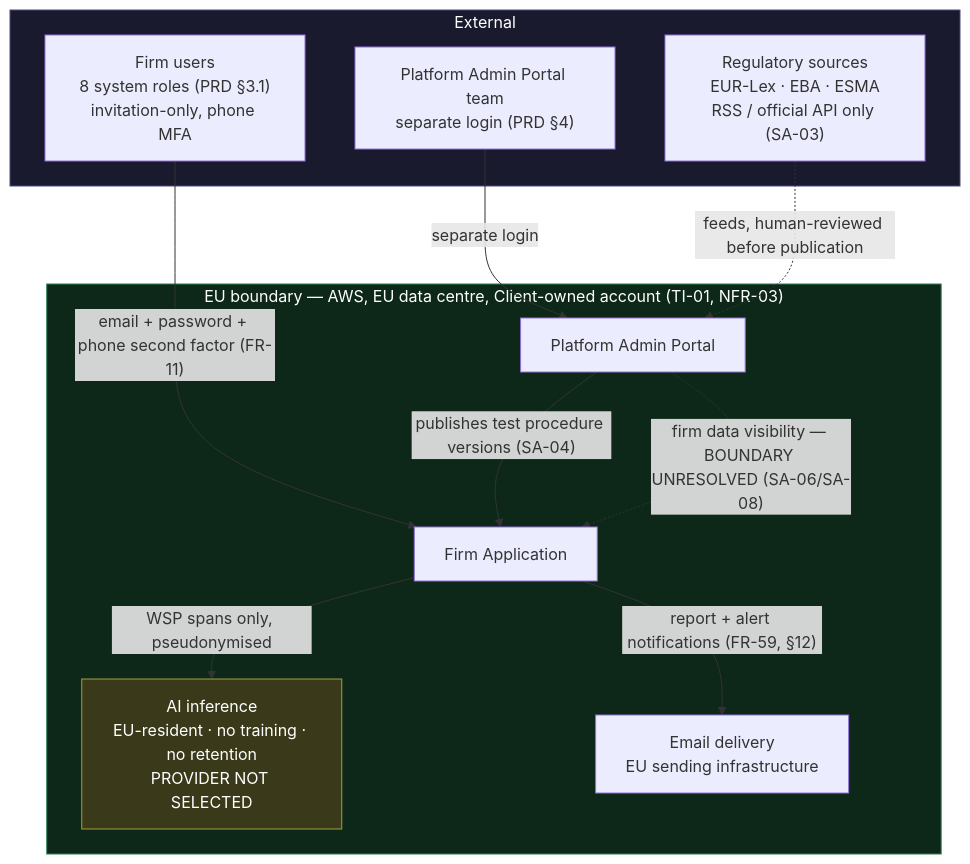
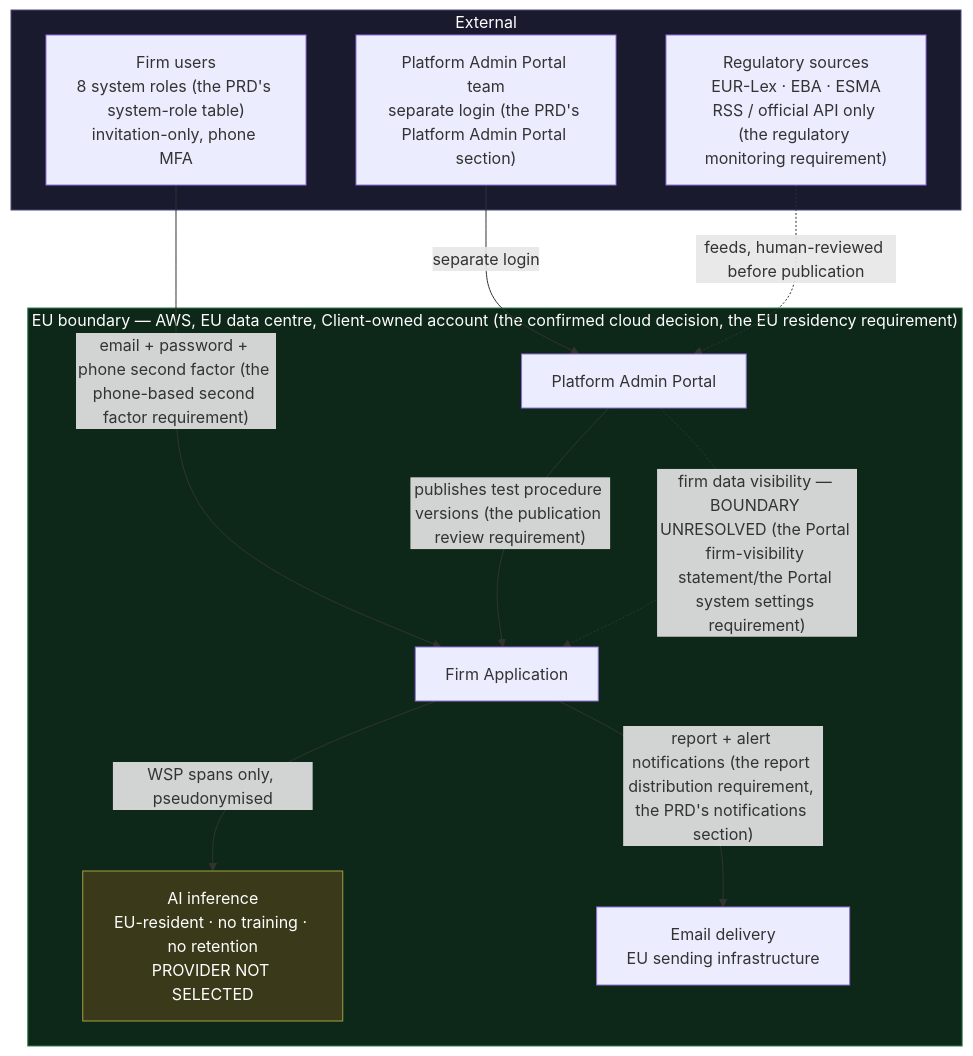
Before and after one commit to sayone-tech/Compliance_iq_backend: the first of 11 diagrams in docs/research/Data And Document Security/architecture-diagrams.md, drawn with Mermaid. The commit also changed other lines of this file and 39 other files, not shown here.

````diff
--- a/docs/research/Data And Document Security/architecture-diagrams.md
+++ b/docs/research/Data And Document Security/architecture-diagrams.md
@@ -27,27 +27,27 @@
 ```mermaid
 graph TB
     subgraph EXT["External"]
-        FU["Firm users<br/>8 system roles (PRD §3.1)<br/>invitation-only, phone MFA"]
-        PA["Platform Admin Portal team<br/>separate login (PRD §4)"]
-        REG["Regulatory sources<br/>EUR-Lex · EBA · ESMA<br/>RSS / official API only (SA-03)"]
+        FU["Firm users<br/>8 system roles (the PRD's system-role table)<br/>invitation-only, phone MFA"]
+        PA["Platform Admin Portal team<br/>separate login (the PRD's Platform Admin Portal section)"]
+        REG["Regulatory sources<br/>EUR-Lex · EBA · ESMA<br/>RSS / official API only (the regulatory monitoring requirement)"]
     end
 
-    subgraph EU["EU boundary — AWS, EU data centre, Client-owned account (TI-01, NFR-03)"]
+    subgraph EU["EU boundary — AWS, EU data centre, Client-owned account (the confirmed cloud decision, the EU residency requirement)"]
         FIRM["Firm Application"]
         PORTAL["Platform Admin Portal"]
         INF["AI inference<br/>EU-resident · no training · no retention<br/>PROVIDER NOT SELECTED"]
         MAIL["Email delivery<br/>EU sending infrastructure"]
     end
 
-    FU -->|"email + password + phone second factor (FR-11)"| FIRM
+    FU -->|"email + password + phone second factor (the phone-based second factor requirement)"| FIRM
     PA -->|"separate login"| PORTAL
-    PORTAL -->|"publishes test procedure versions (SA-04)"| FIRM
+    PORTAL -->|"publishes test procedure versions (the publication review requirement)"| FIRM
     REG -.->|"feeds, human-reviewed before publication"| PORTAL
     FIRM -->|"WSP spans only, pseudonymised"| INF
-    FIRM -->|"report + alert notifications (FR-59, §12)"| MAIL
-    PORTAL -.->|"firm data visibility — BOUNDARY UNRESOLVED (SA-06/SA-08)"| FIRM
+    FIRM -->|"report + alert notifications (the report distribution requirement, the PRD's notifications section)"| MAIL
+    PORTAL -.->|"firm data visibility — BOUNDARY UNRESOLVED (the Portal firm-visibility statement/the Portal system settings requirement)"| FIRM
 
     style EU fill:#0d2818,stroke:#2e7d4f,color:#fff
     style EXT fill:#1a1a2e,stroke:#4a4a7a,color:#fff
     style INF fill:#3a3a1a,stroke:#a0a040,color:#fff
 ```
````
